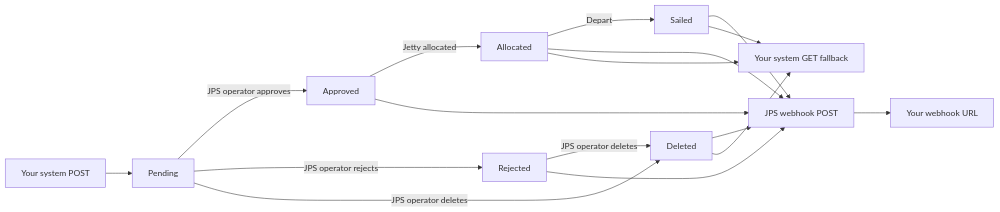
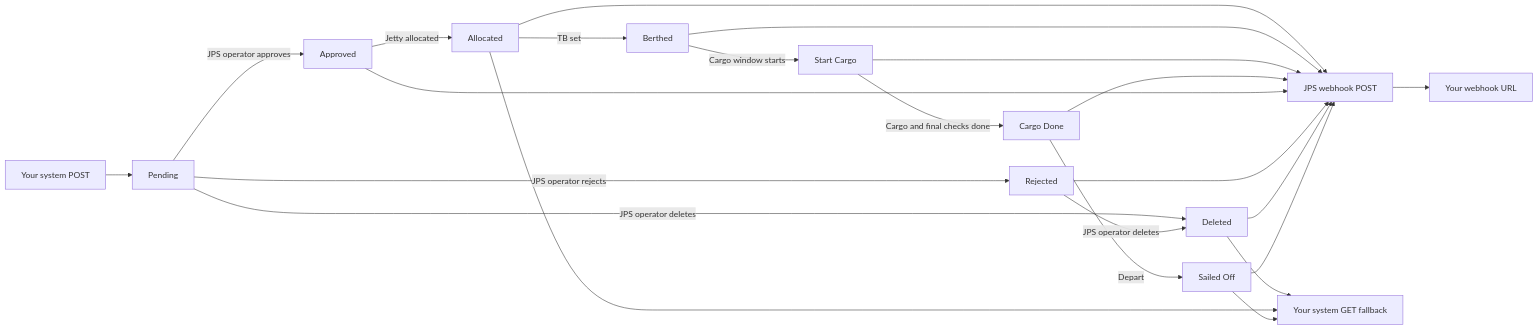
One commit to dwsitproject-hub/Jetty-Planning-System changed the diagram in Docs/Guide/INBOUND-SHIPPING-INSTRUCTION-PARTNER-API.md. Above: the diagram before and after it, drawn with Mermaid. The commit also changed other lines of this file and 18 other files, not shown here.

````diff
--- a/Docs/Guide/INBOUND-SHIPPING-INSTRUCTION-PARTNER-API.md
+++ b/Docs/Guide/INBOUND-SHIPPING-INSTRUCTION-PARTNER-API.md
@@ -39,19 +41,25 @@
 ```mermaid
 flowchart LR
     yourSystem[Your system POST] --> pendingState[Pending]
     pendingState -->|JPS operator approves| approvedState[Approved]
     pendingState -->|JPS operator rejects| rejectedState[Rejected]
     pendingState -->|JPS operator deletes| deletedState[Deleted]
     rejectedState -->|JPS operator deletes| deletedState
     approvedState -->|Jetty allocated| allocatedState[Allocated]
-    allocatedState -->|Depart| sailedState[Sailed]
+    allocatedState -->|TB set| berthedState[Berthed]
+    berthedState -->|Cargo window starts| startCargoState[Start Cargo]
+    startCargoState -->|Cargo and final checks done| cargoDoneState[Cargo Done]
+    cargoDoneState -->|Depart| sailedState[Sailed Off]
     jpsWebhook[JPS webhook POST] --> yourReceiver[Your webhook URL]
     allocatedState --> jpsWebhook
+    berthedState --> jpsWebhook
+    startCargoState --> jpsWebhook
+    cargoDoneState --> jpsWebhook
     approvedState --> jpsWebhook
     rejectedState --> jpsWebhook
     deletedState --> jpsWebhook
     deletedState --> yourPoll
     sailedState --> jpsWebhook
     allocatedState --> yourPoll[Your system GET fallback]
     sailedState --> yourPoll
 ```
````
